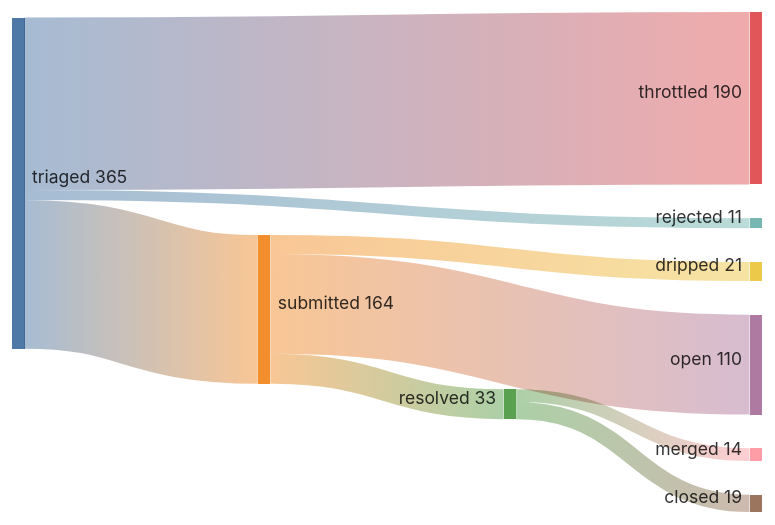
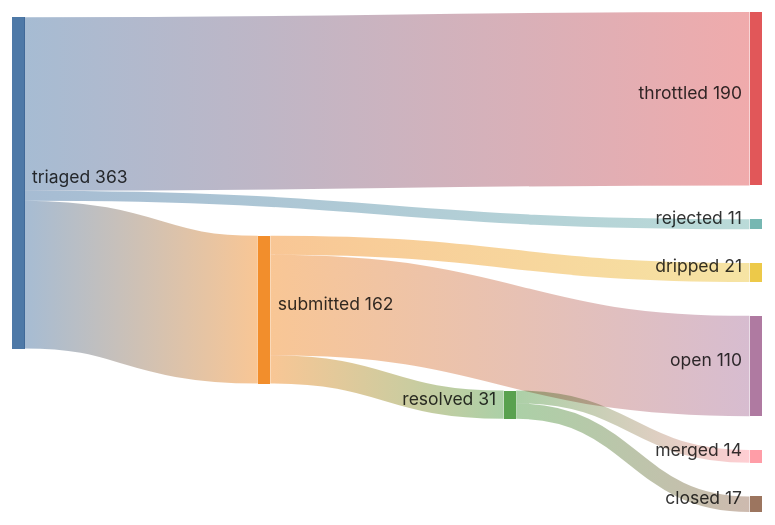
One commit to kimjune01/kimjune01 changed the diagram in README.md. Above: the diagram before and after it, drawn with Mermaid. The commit also changed other lines of this file, not shown here.

Commit message:
stats: 14/31 = 45% (01:44 UTC)

````diff
--- a/README.md
+++ b/README.md
@@ -3,11 +3,11 @@
 ```mermaid
 sankey-beta
-    triaged,    submitted, 164
+    triaged,    submitted, 162
     triaged,    throttled, 190
     triaged,    rejected,  11
-    submitted,  resolved,  33
+    submitted,  resolved,  31
     submitted,  dripped,   21
     submitted,  open,      110
     resolved,   merged,    14
-    resolved,   closed,    19
+    resolved,   closed,    17
 ```
````
